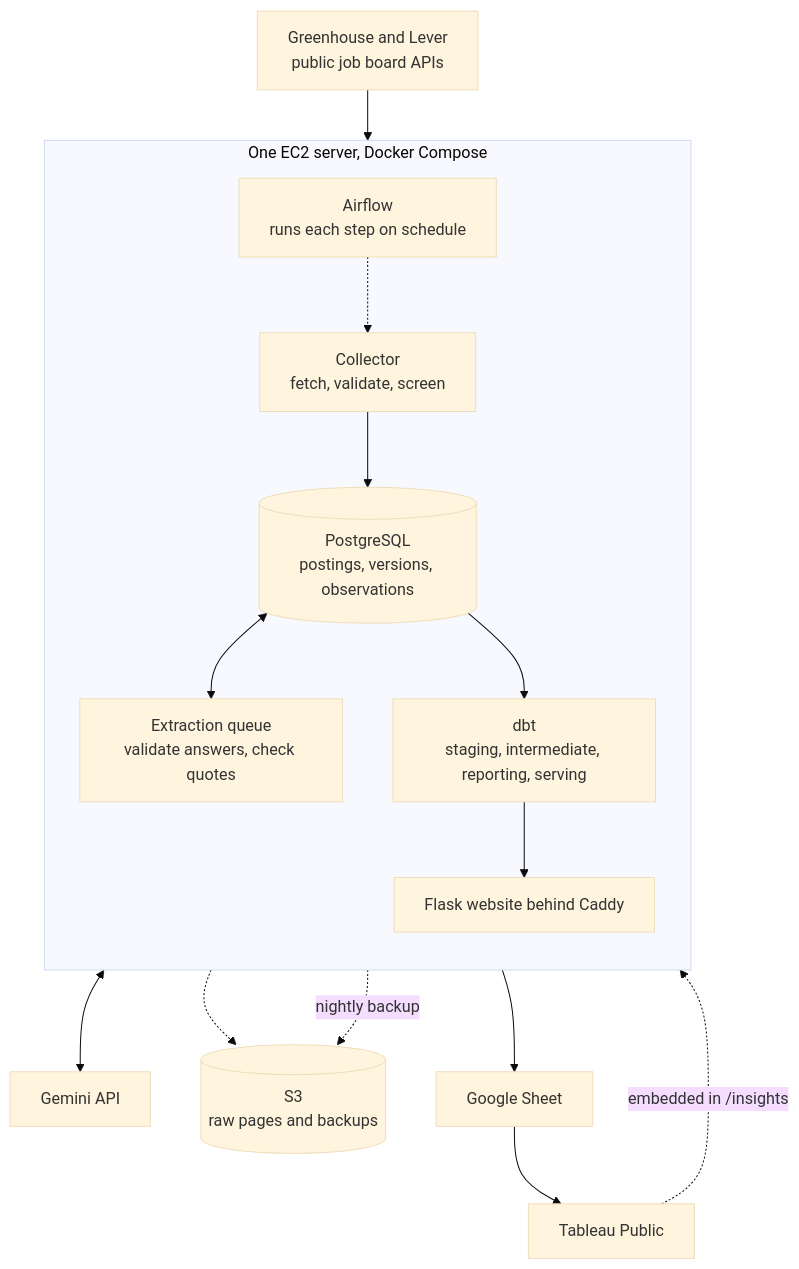
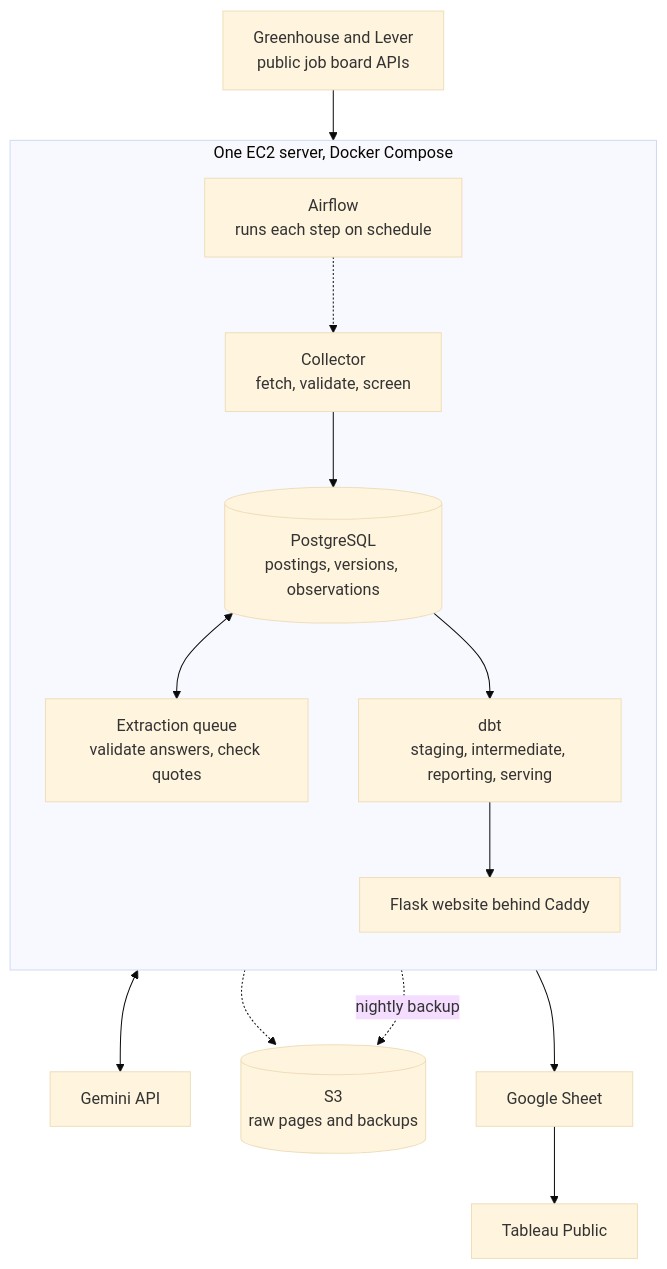
One commit to Niyog59/Job-Market-Intelligence changed the diagram in docs/ARCHITECTURE.md. Above: the diagram before and after it, drawn with Mermaid (base theme). The commit also changed other lines of this file and 2 other files, not shown here.

````diff
--- a/docs/ARCHITECTURE.md
+++ b/docs/ARCHITECTURE.md
@@ -8,30 +8,29 @@
 ```mermaid
 flowchart TB
     boards["Greenhouse and Lever<br/>public job board APIs"]
     subgraph ec2["One EC2 server, Docker Compose"]
         direction TB
         af["Airflow<br/>runs each step on schedule"]
         col["Collector<br/>fetch, validate, screen"]
         pg[("PostgreSQL<br/>postings, versions, observations")]
         ex["Extraction queue<br/>validate answers, check quotes"]
         dbt["dbt<br/>staging, intermediate, reporting, serving"]
         web["Flask website behind Caddy"]
     end
     gem["Gemini API"]
     s3[("S3<br/>raw pages and backups")]
     sheet["Google Sheet"]
     tab["Tableau Public"]
 
     boards --> col
     af -.-> col
     col --> pg
     col -.-> s3
     pg <--> ex
     ex <--> gem
     pg --> dbt
     dbt --> web
     dbt --> sheet
     sheet --> tab
-    tab -. embedded in /insights .-> web
     pg -. nightly backup .-> s3
 ```
````
